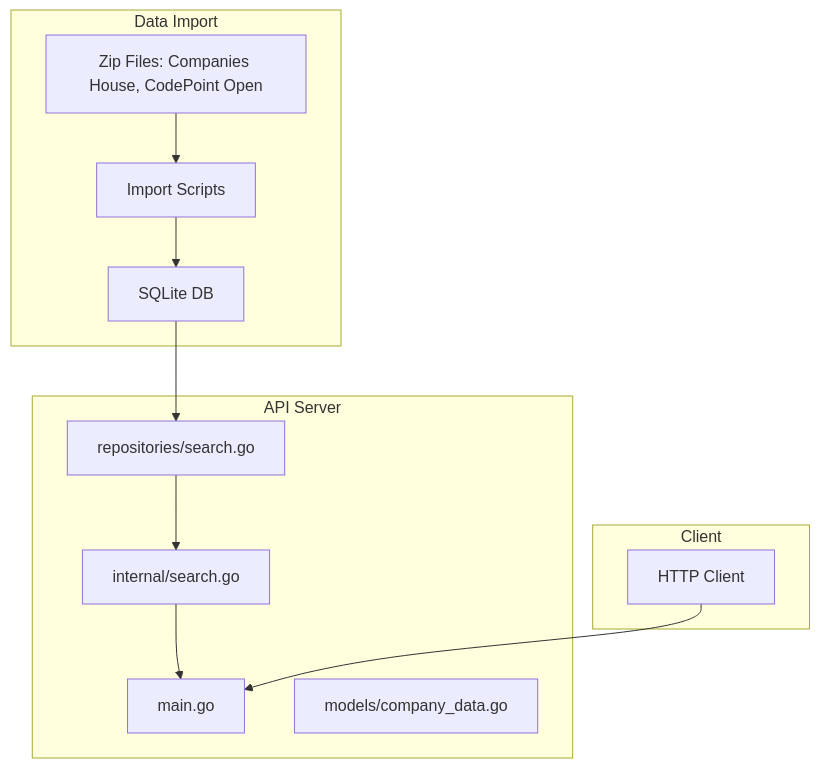
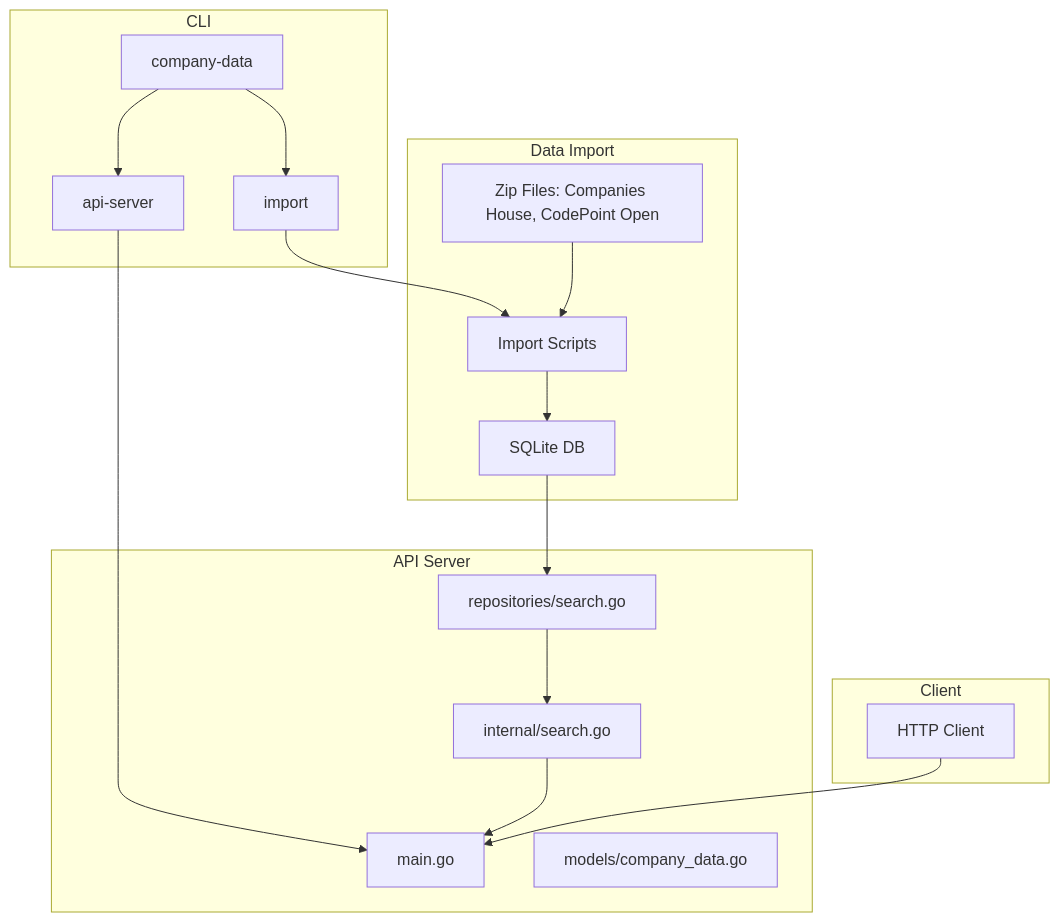
One commit to rm-hull/company-data-api changed the diagram in README.md. Above: the diagram before and after it, drawn with Mermaid. The commit also changed other lines of this file and 6 other files, not shown here.

````diff
--- a/README.md
+++ b/README.md
@@ -68,24 +70,34 @@
 ```mermaid
 flowchart TD
+    subgraph CLI
+        X[company-data]
+        X1[api-server]
+        X2[import]
+        X --> X1
+        X --> X2
+    end
+
     subgraph Data Import
         A[Zip Files: Companies House, CodePoint Open]
         B[Import Scripts]
         C[SQLite DB]
+        X2 --> B
         A --> B --> C
     end
 
     subgraph API Server
         D[main.go]
         E[internal/search.go]
         F[repositories/search.go]
         G[models/company_data.go]
+        X1 --> D
         C --> F
         F --> E
         E --> D
     end
 
     subgraph Client
         H[HTTP Client]
         H --> D
     end
 ```
````
